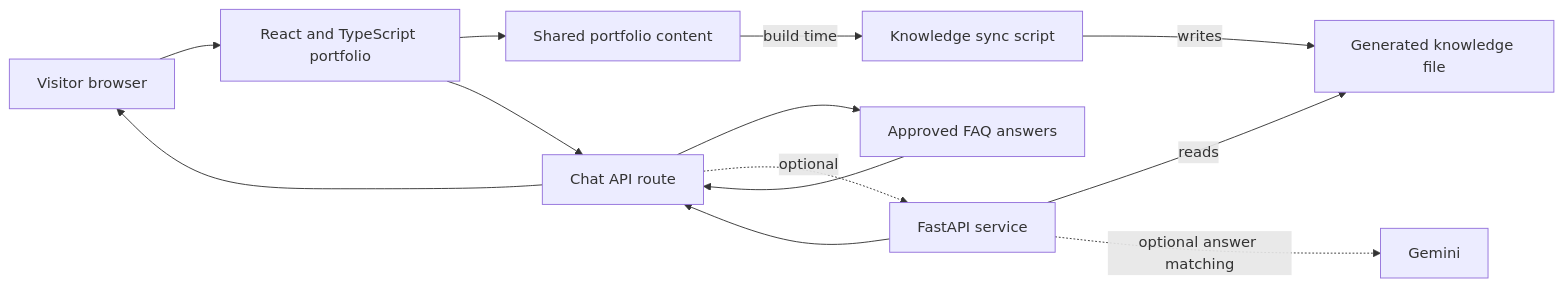
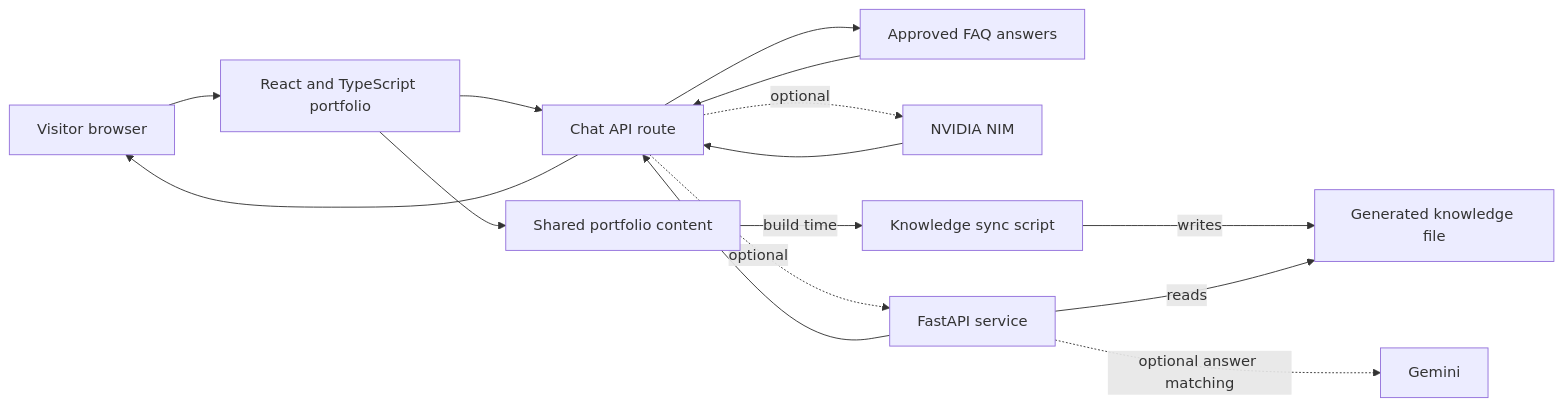
One commit to MMC1410001/portfolio-template changed the diagram in README.md. Above: the diagram before and after it, drawn with Mermaid. The commit also changed other lines of this file, not shown here.

````diff
--- a/README.md
+++ b/README.md
@@ -93,15 +98,17 @@
 ```mermaid
 flowchart LR
     V[Visitor browser] --> R[React and TypeScript portfolio]
     R --> C[Shared portfolio content]
     R --> Q[Chat API route]
     Q --> F[Approved FAQ answers]
+    Q -. optional .-> N[NVIDIA NIM]
+    N --> Q
     Q -. optional .-> P[FastAPI service]
     F --> Q
     P --> Q
     Q --> V
     C -->|build time| S[Knowledge sync script]
     S -->|writes| K[Generated knowledge file]
     P -->|reads| K
     P -. optional answer matching .-> G[Gemini]
 ```
````
